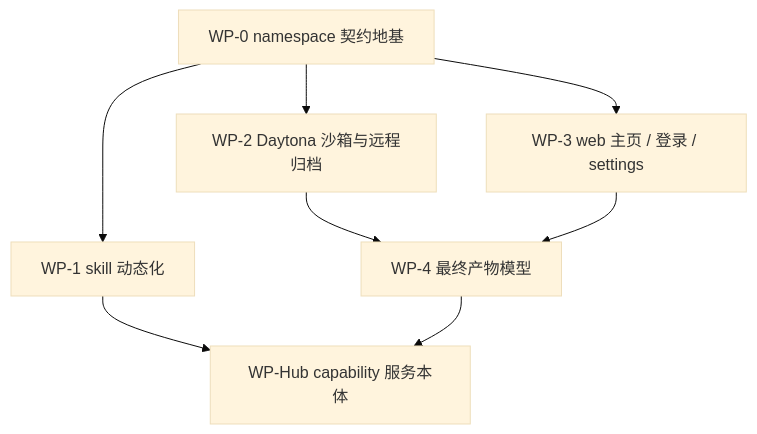
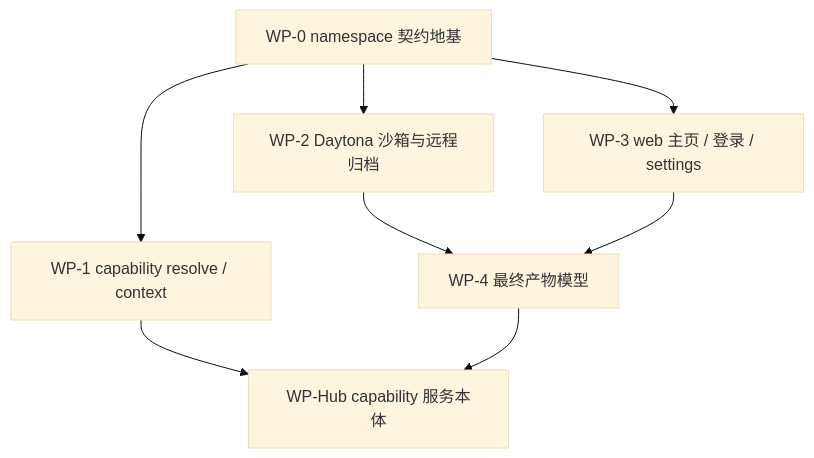
The tenth of 10 diagrams in docs/kokoro-handbook/technical/18-capability-namespace-auth-sandbox-artifacts.md (LordFoxFairy/Kokoro), drawn with Mermaid (base theme) before and after one commit. The commit also changed other lines of this file and 6 other files, not shown here.

````diff
--- a/docs/kokoro-handbook/technical/18-capability-namespace-auth-sandbox-artifacts.md
+++ b/docs/kokoro-handbook/technical/18-capability-namespace-auth-sandbox-artifacts.md
@@ -696,17 +2106,17 @@
 ```mermaid
 flowchart TD
   WP0[WP-0 namespace 契约地基]
   WP3[WP-3 web 主页 / 登录 / settings]
   WP2[WP-2 Daytona 沙箱与远程归档]
-  WP1[WP-1 skill 动态化]
+  WP1[WP-1 capability resolve / context]
   WP4[WP-4 最终产物模型]
   WPH[WP-Hub capability 服务本体]
 
   WP0 --> WP3
   WP0 --> WP2
   WP0 --> WP1
   WP2 --> WP4
   WP3 --> WP4
   WP1 --> WPH
   WP4 --> WPH
 ```
````
